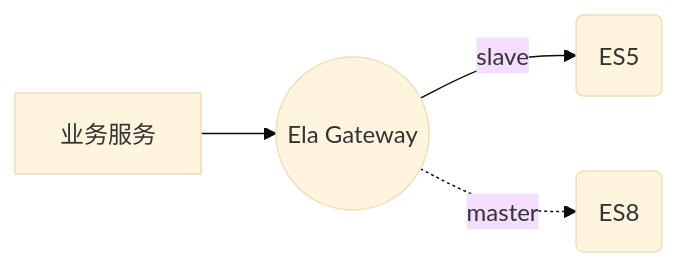
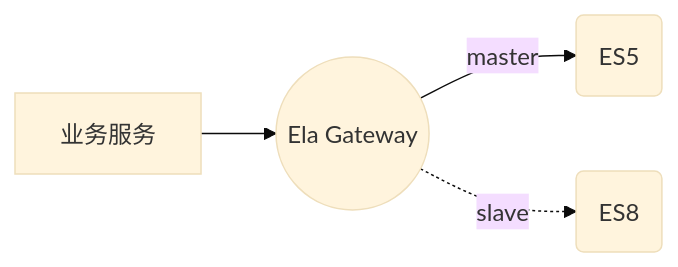
Before and after one commit to CharellKing/ela: the first of 5 diagrams in manual/cn/01-Elasticsearch 数据迁移总体方案.md, drawn with Mermaid (base theme). The commit also changed 1 other file, not shown here.

Commit message:
replace chinese words

````diff
--- a/manual/cn/01-Elasticsearch 数据迁移总体方案.md
+++ b/manual/cn/01-Elasticsearch 数据迁移总体方案.md
@@ -29,6 +29,6 @@
 ```mermaid
 graph LR
     A[业务服务] --> B((Ela Gateway))    
-    B --slave--> C(ES5)
-    B -.master-.-> D(ES8)
+    B --master--> C(ES5)
+    B -.slave-.-> D(ES8)
 ```
````
